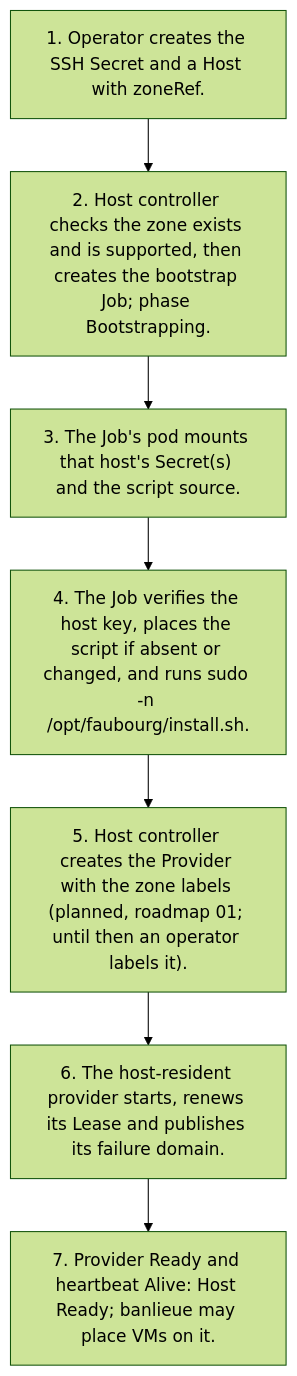
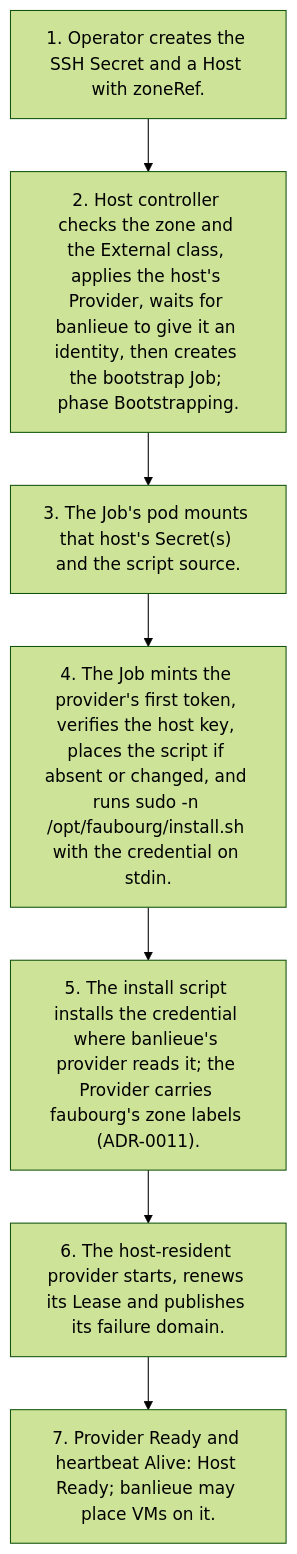
The diagram in docs/architecture/diagrams/flows.md (firestoned/faubourg), drawn with Mermaid (forest theme) before and after one commit. The commit also changed 44 other files, not shown here.

First line of the commit message:
feat: the host Provider and its first token (ADR-0011, roadmap 01) (#7)

````diff
--- a/docs/architecture/diagrams/flows.md
+++ b/docs/architecture/diagrams/flows.md
@@ -22,11 +22,11 @@
 ```mermaid
 flowchart TD
     t1["1. Operator creates the SSH Secret and a Host with zoneRef."]
-    t2["2. Host controller checks the zone exists and is supported, then creates the bootstrap Job; phase Bootstrapping."]
+    t2["2. Host controller checks the zone and the External class, applies the host's Provider, waits for banlieue to give it an identity, then creates the bootstrap Job; phase Bootstrapping."]
     t3["3. The Job's pod mounts that host's Secret(s) and the script source."]
-    t4["4. The Job verifies the host key, places the script if absent or changed, and runs sudo -n /opt/faubourg/install.sh."]
-    t5["5. Host controller creates the Provider with the zone labels (planned, roadmap 01; until then an operator labels it)."]
+    t4["4. The Job mints the provider's first token, verifies the host key, places the script if absent or changed, and runs sudo -n /opt/faubourg/install.sh with the credential on stdin."]
+    t5["5. The install script installs the credential where banlieue's provider reads it; the Provider carries faubourg's zone labels (ADR-0011)."]
     t6["6. The host-resident provider starts, renews its Lease and publishes its failure domain."]
     t7["7. Provider Ready and heartbeat Alive: Host Ready; banlieue may place VMs on it."]
     t1 --> t2 --> t3 --> t4 --> t5 --> t6 --> t7
 ```
````
